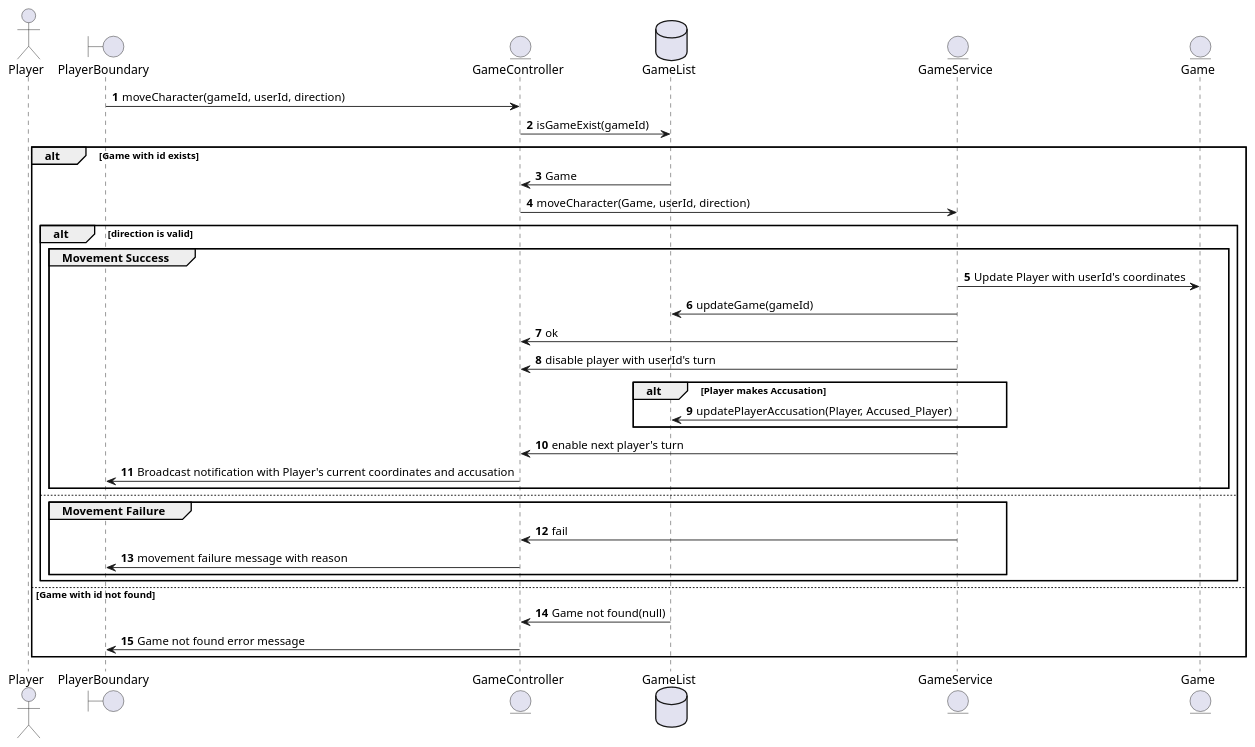
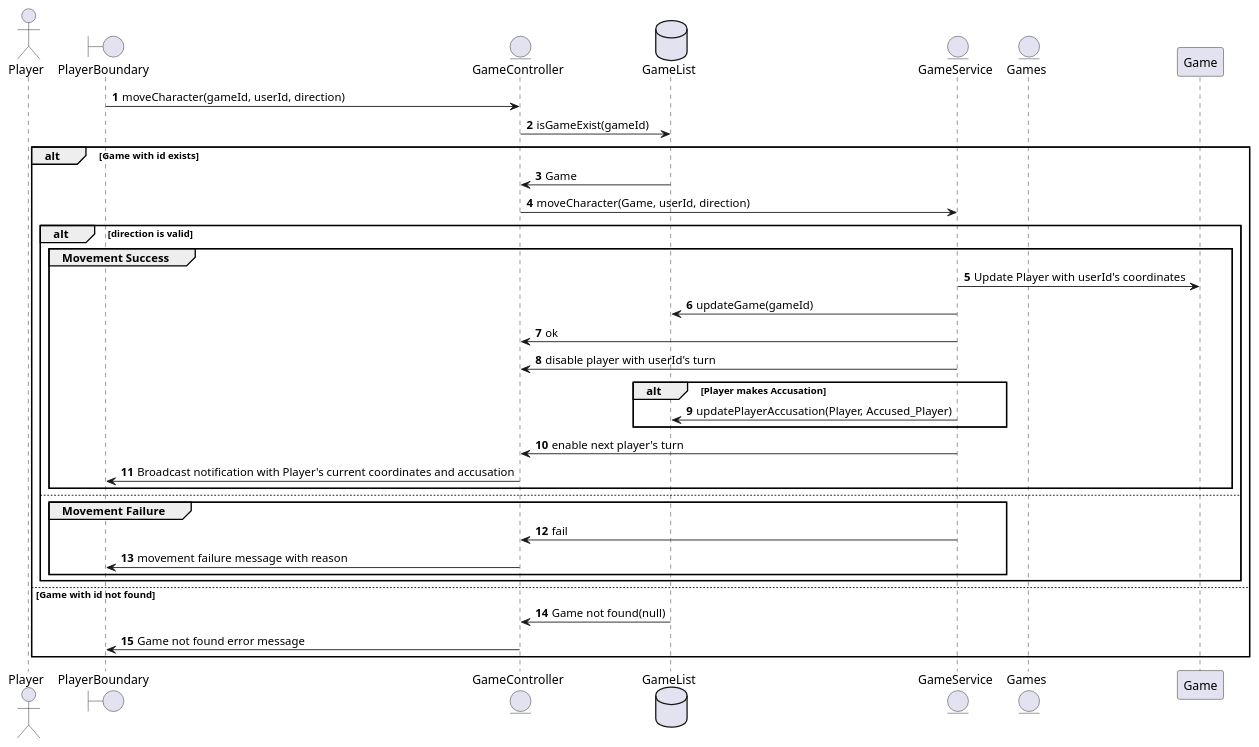
Before and after one commit to gurmsc5/Clue-Less: the diagram in clue-less-backend/player_accusation.puml, drawn with PlantUML.

```diff
--- a/clue-less-backend/player_accusation.puml
+++ b/clue-less-backend/player_accusation.puml
@@ -1,39 +1,39 @@
 @startuml
 
 autonumber
 actor Player
 boundary PlayerBoundary
 entity GameController
 
 PlayerBoundary -> GameController: moveCharacter(gameId, userId, direction)
 database GameList
 entity GameService
-entity Game
+entity Games
 GameController -> GameList: isGameExist(gameId)
 
 alt Game with id exists
     GameList -> GameController: Game
     GameController -> GameService: moveCharacter(Game, userId, direction)
     alt direction is valid
         group Movement Success
             GameService -> Game: Update Player with userId's coordinates
             GameService -> GameList: updateGame(gameId)
             GameService -> GameController: ok
             GameService -> GameController: disable player with userId's turn
             alt Player makes Accusation
                 GameService->GameList:updatePlayerAccusation(Player, Accused_Player)
             end
             GameService -> GameController: enable next player's turn
             GameController -> PlayerBoundary: Broadcast notification with Player's current coordinates and accusation
         end
     else
         group Movement Failure
             GameService -> GameController: fail
             GameController -> PlayerBoundary: movement failure message with reason
         end
     end
 else Game with id not found
     GameList -> GameController: Game not found(null)
     GameController -> PlayerBoundary: Game not found error message
 end
 @enduml
```
